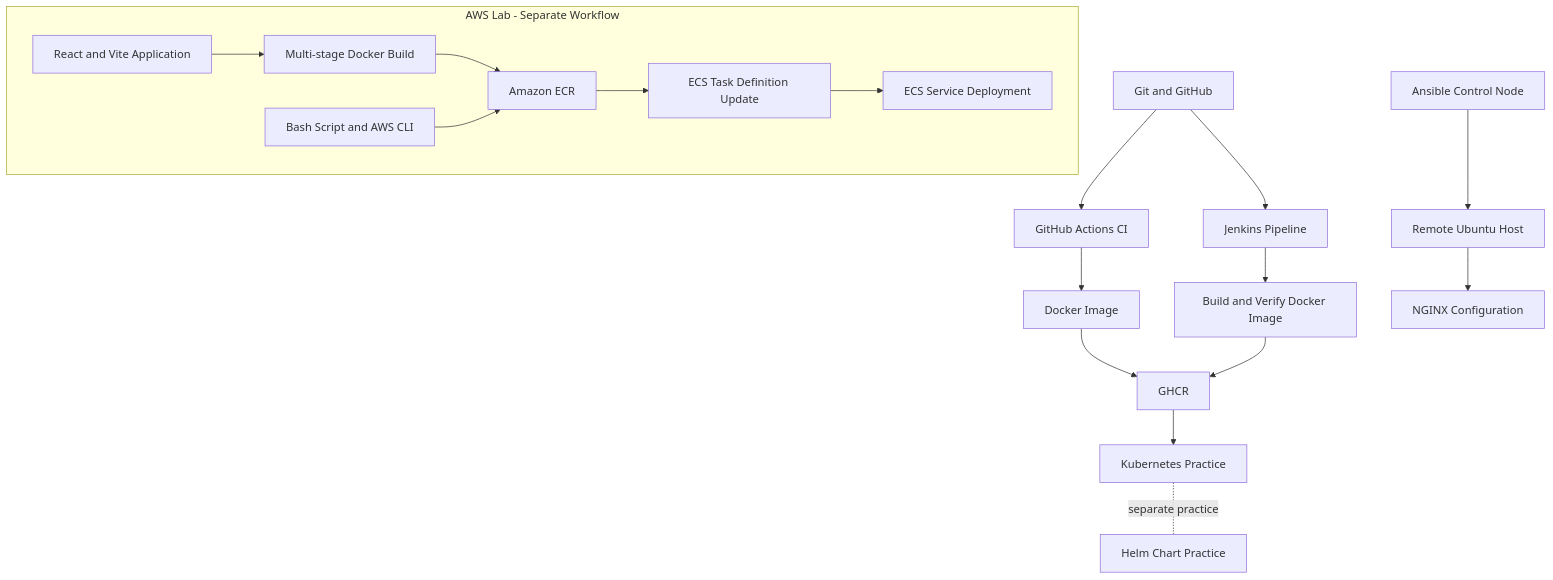
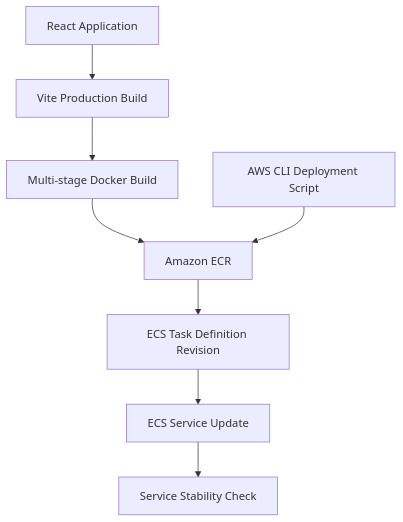
The sixth of 6 diagrams in README.md (GitWithKomal/QuickServe), drawn with Mermaid before and after one commit. The commit also changed other lines of this file and 7 other files, not shown here.

````diff
--- a/README.md
+++ b/README.md
@@ -50,23 +522,10 @@
 ```mermaid
 flowchart TD
-    A[Git and GitHub] --> B[GitHub Actions CI]
-    A --> C[Jenkins Pipeline]
-    B --> D[Docker Image]
-    C --> E[Build and Verify Docker Image]
-    D --> F[GHCR]
-    E --> F
-    F --> G[Kubernetes Practice]
-    H[Helm Chart Practice]
-    G -. separate practice .- H
-
-    I[Ansible Control Node] --> J[Remote Ubuntu Host]
-    J --> K[NGINX Configuration]
-
-    subgraph AWSLab["AWS Lab - Separate Workflow"]
-        L[React and Vite Application] --> M[Multi-stage Docker Build]
-        M --> N[Amazon ECR]
-        Q[Bash Script and AWS CLI] --> N
-        N --> O[ECS Task Definition Update]
-        O --> P[ECS Service Deployment]
-    end
+    A["React Application"] --> B["Vite Production Build"]
+    B --> C["Multi-stage Docker Build"]
+    C --> D["Amazon ECR"]
+    E["AWS CLI Deployment Script"] --> D
+    D --> F["ECS Task Definition Revision"]
+    F --> G["ECS Service Update"]
+    G --> H["Service Stability Check"]
 ```
````
